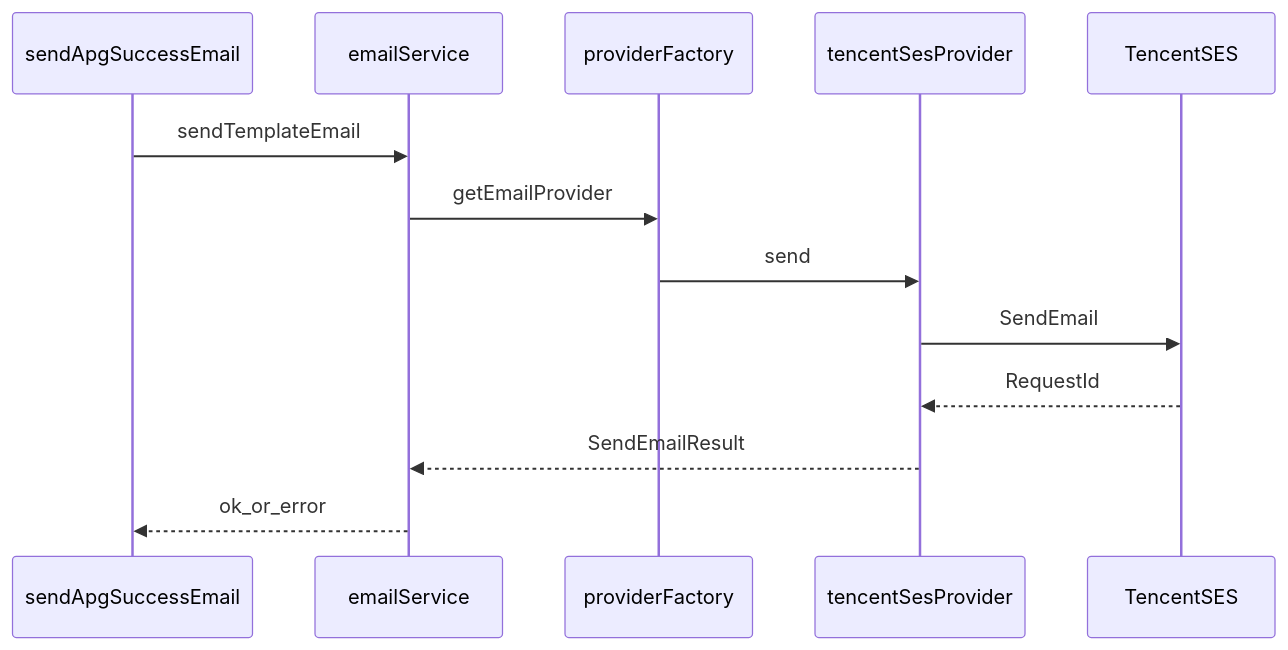
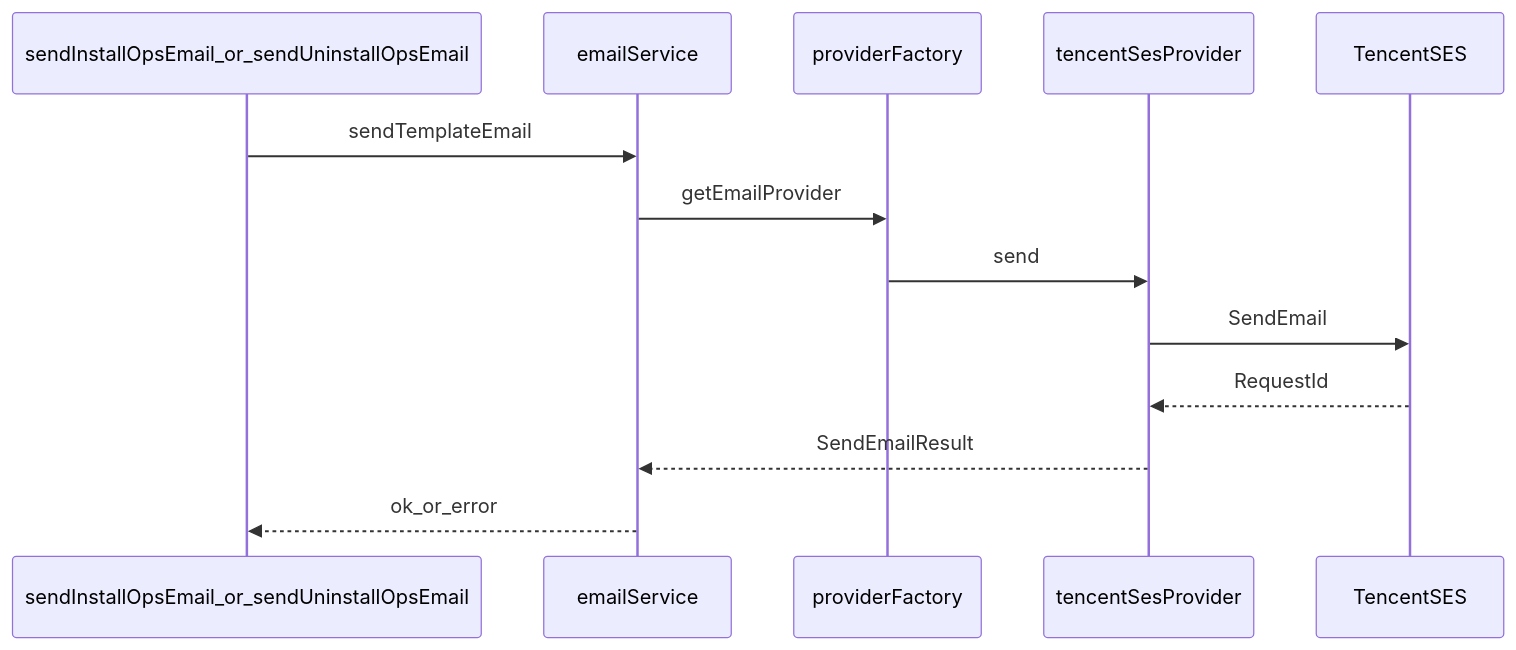
One commit to whoeven99/Spark changed the second of 3 diagrams in docs/email-architecture-analysis.md. Above: the diagram before and after it, drawn with Mermaid. The commit also changed other lines of this file and 8 other files, not shown here.

First line of the commit message:
1，清理sendApgSuccessEmail相关代码

````diff
--- a/docs/email-architecture-analysis.md
+++ b/docs/email-architecture-analysis.md
@@ -39,15 +39,15 @@
 ```mermaid
 sequenceDiagram
-  participant Biz as sendApgSuccessEmail
+  participant Biz as sendInstallOpsEmail_or_sendUninstallOpsEmail
   participant Svc as emailService
   participant Factory as providerFactory
   participant Tencent as tencentSesProvider
   participant API as TencentSES
   Biz->>Svc: sendTemplateEmail
   Svc->>Factory: getEmailProvider
   Factory->>Tencent: send
   Tencent->>API: SendEmail
   API-->>Tencent: RequestId
   Tencent-->>Svc: SendEmailResult
   Svc-->>Biz: ok_or_error
 ```
````
